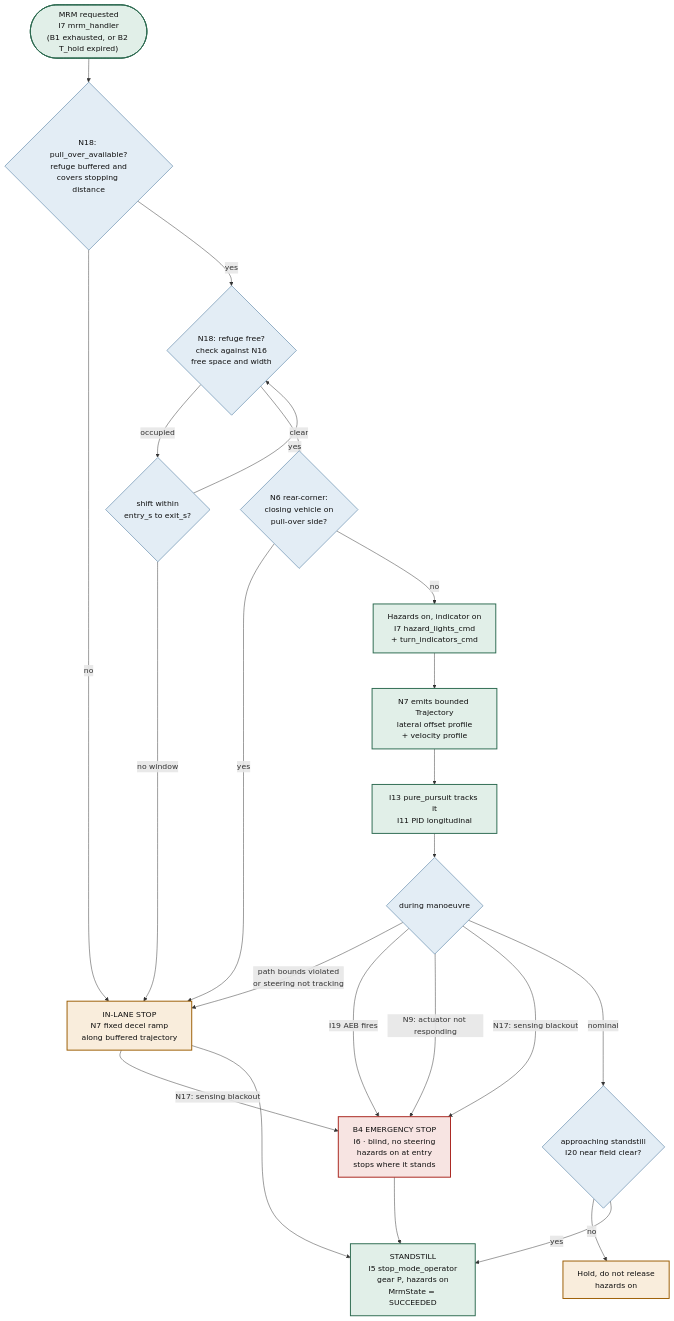
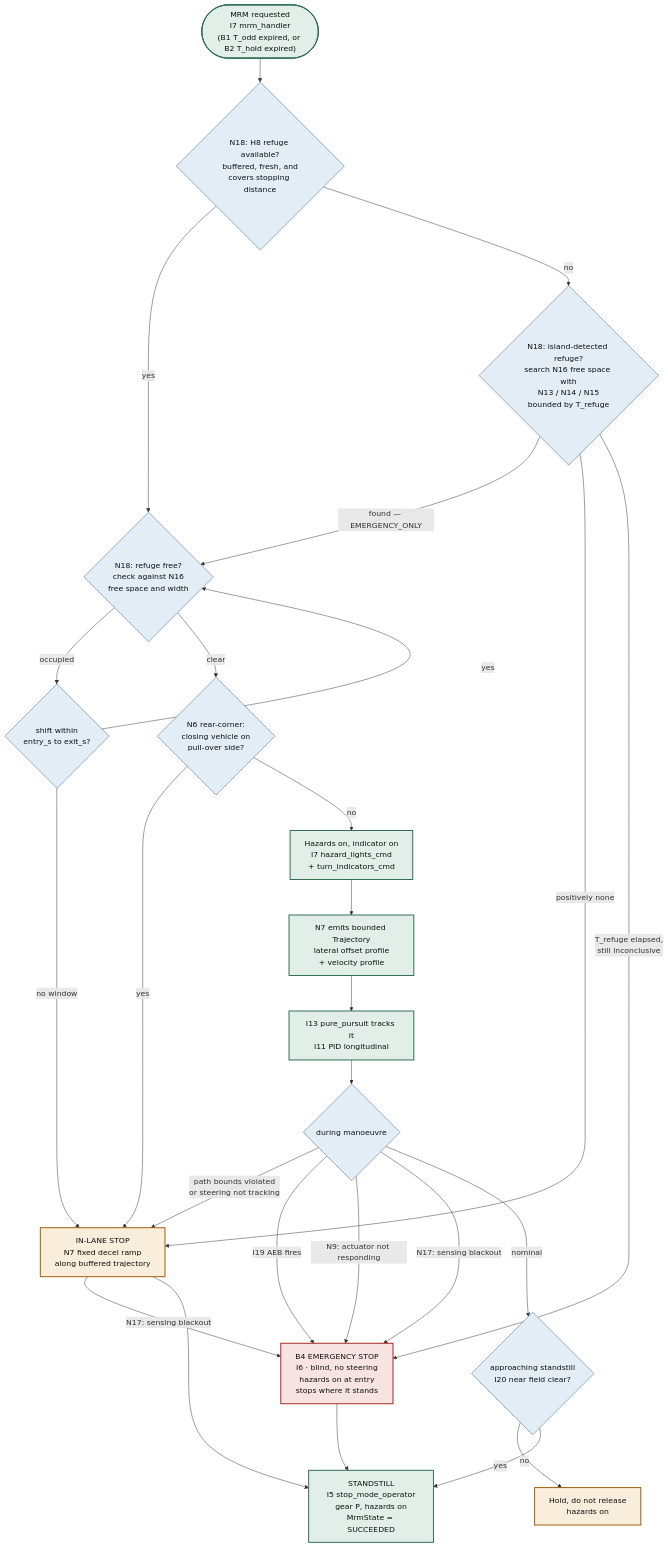
One commit to autowarefoundation/RFC_L4_SafetyIslandDesign changed diagram 12 of 13 in docs/L4SafetyIsland_SoftwareDesign_GitHub.md. Above: the diagram before and after it, drawn with Mermaid. The commit also changed other lines of this file and 8 other files, not shown here.

First line of the commit message:
Design version 20260918: B1 as an ODD switch, v_hold as a ramp, B3's own refuge

````diff
--- a/docs/L4SafetyIsland_SoftwareDesign_GitHub.md
+++ b/docs/L4SafetyIsland_SoftwareDesign_GitHub.md
@@ -2355,35 +2558,39 @@
 ```mermaid
 flowchart TB
-    START(["MRM requested<br/>I7 mrm_handler<br/>(B1 exhausted, or B2 T_hold expired)"]) --> AVAIL{"N18: pull_over_available?<br/>refuge buffered and<br/>covers stopping distance"}
-    AVAIL -->|no| INLANE["IN-LANE STOP<br/>N7 fixed decel ramp<br/>along buffered trajectory"]
+    START(["MRM requested<br/>I7 mrm_handler<br/>(B1 T_odd expired, or B2 T_hold expired)"]) --> AVAIL{"N18: H8 refuge available?<br/>buffered, fresh, and<br/>covers stopping distance"}
     AVAIL -->|yes| VERIFY{"N18: refuge free?<br/>check against N16<br/>free space and width"}
+    AVAIL -->|no| SEARCH{"N18: island-detected refuge?<br/>search N16 free space with<br/>N13 / N14 / N15<br/>bounded by T_refuge"}
+    SEARCH -->|"found — EMERGENCY_ONLY"| VERIFY
+    SEARCH -->|"positively none"| INLANE
+    SEARCH -->|"T_refuge elapsed,<br/>still inconclusive"| ESTOP
+    INLANE["IN-LANE STOP<br/>N7 fixed decel ramp<br/>along buffered trajectory"]
     VERIFY -->|occupied| SHIFT{"shift within<br/>entry_s to exit_s?"}
     SHIFT -->|no window| INLANE
     SHIFT -->|yes| VERIFY
     VERIFY -->|clear| REAR{"N6 rear-corner:<br/>closing vehicle on<br/>pull-over side?"}
     REAR -->|yes| INLANE
     REAR -->|no| SIGNAL["Hazards on, indicator on<br/>I7 hazard_lights_cmd<br/>+ turn_indicators_cmd"]
     SIGNAL --> PLAN["N7 emits bounded Trajectory<br/>lateral offset profile<br/>+ velocity profile"]
     PLAN --> TRACK["I13 pure_pursuit tracks it<br/>I11 PID longitudinal"]
     TRACK --> MON{"during manoeuvre"}
     MON -->|"path bounds violated<br/>or steering not tracking"| INLANE
     MON -->|"I19 AEB fires"| ESTOP["B4 EMERGENCY STOP<br/>I6 · blind, no steering<br/>hazards on at entry<br/>stops where it stands"]
     MON -->|"N9: actuator not responding"| ESTOP
     MON -->|"N17: sensing blackout"| ESTOP
     INLANE -->|"N17: sensing blackout"| ESTOP
     MON -->|nominal| NEAR{"approaching standstill<br/>I20 near field clear?"}
     NEAR -->|no| HOLD["Hold, do not release<br/>hazards on"]
     NEAR -->|yes| DONE["STANDSTILL<br/>I5 stop_mode_operator<br/>gear P, hazards on<br/>MrmState = SUCCEEDED"]
     INLANE --> DONE
     ESTOP --> DONE
 
     classDef ok fill:#e1efe8,stroke:#2c6a50,stroke-width:2px,color:#101010;
     classDef dec fill:#e3edf5,stroke:#2f638f,stroke-width:1px,color:#101010;
     classDef warn fill:#f9eddc,stroke:#9a5b00,stroke-width:2px,color:#101010;
     classDef bad fill:#f7e4e2,stroke:#a8231c,stroke-width:2px,color:#101010;
     class START,SIGNAL,PLAN,TRACK ok;
-    class AVAIL,VERIFY,SHIFT,REAR,MON,NEAR dec;
+    class AVAIL,SEARCH,VERIFY,SHIFT,REAR,MON,NEAR dec;
     class INLANE,HOLD warn;
     class ESTOP bad;
     class DONE ok;
 ```
````
